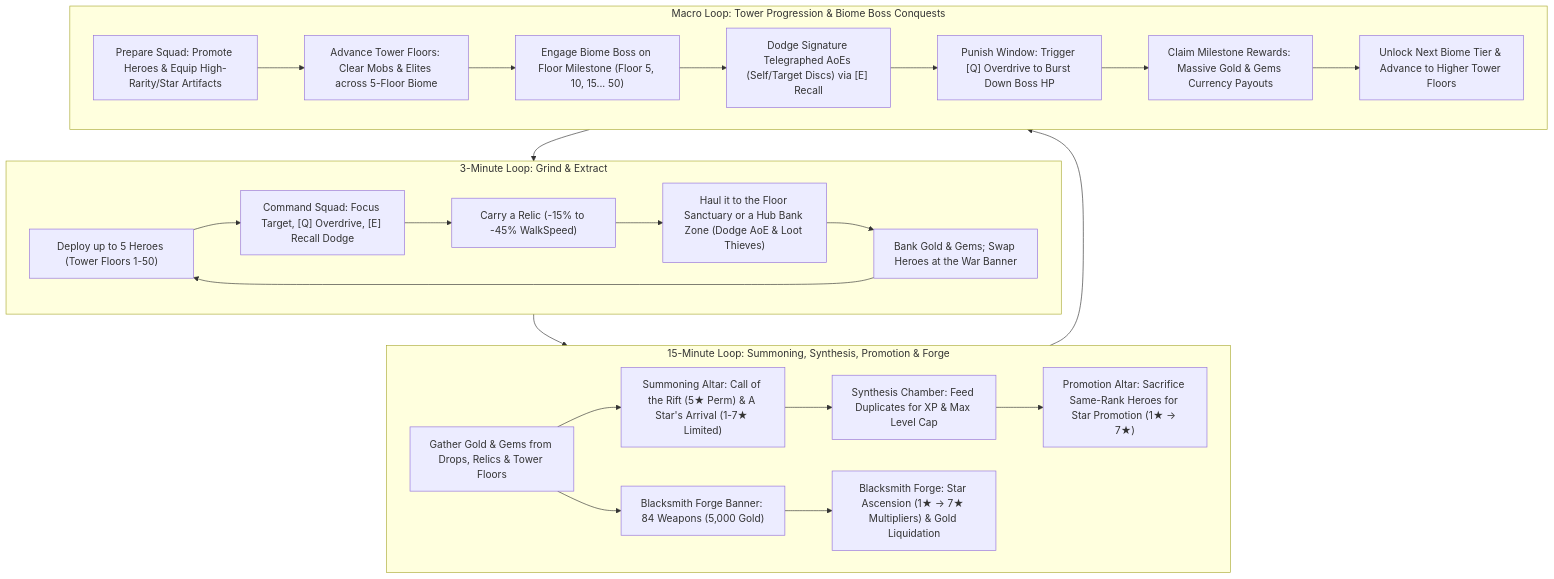
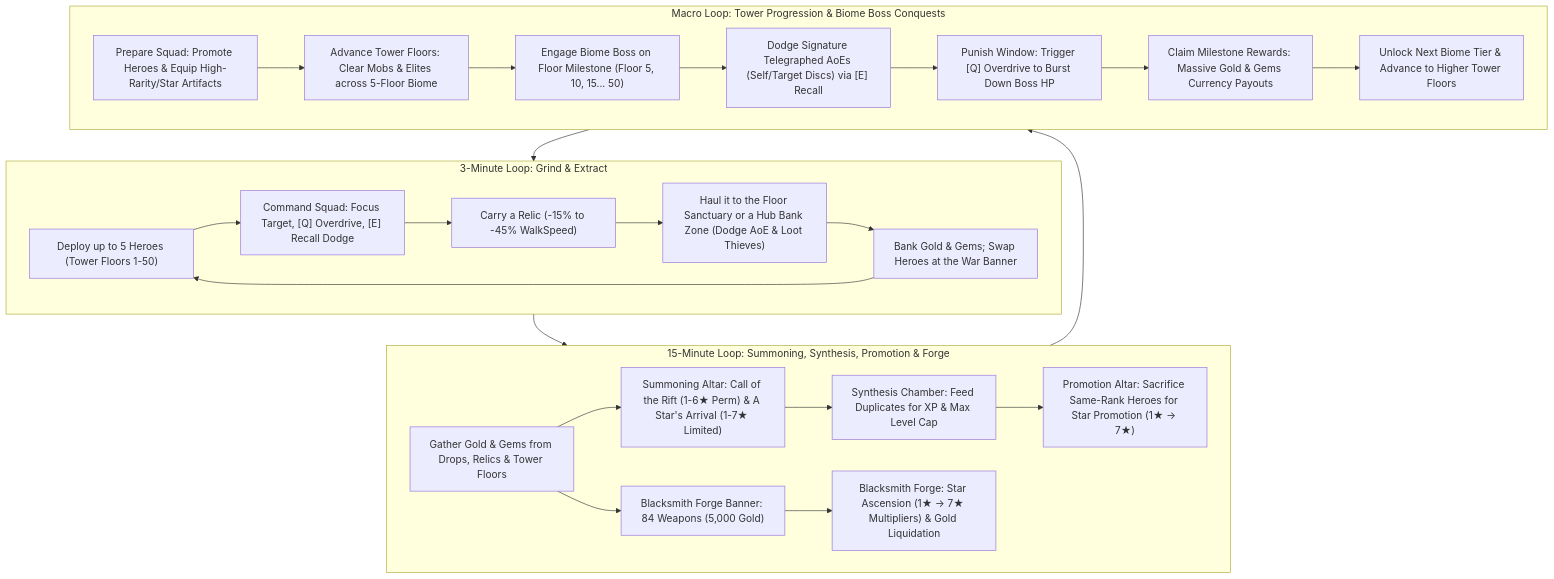
One commit to Zaimoo/infinite-tower changed the diagram in docs/GAME_DESIGN.MD. Above: the diagram before and after it, drawn with Mermaid. The commit also changed other lines of this file and 23 other files, not shown here.

First line of the commit message:
feat(heroes): add Edis Callen, a Legendary Striker on Call of the Rift

````diff
--- a/docs/GAME_DESIGN.MD
+++ b/docs/GAME_DESIGN.MD
@@ -48,31 +48,31 @@
 ```mermaid
 flowchart TD
     subgraph Micro["3-Minute Loop: Grind & Extract"]
         M1["Deploy up to 5 Heroes (Tower Floors 1-50)"] --> M2["Command Squad: Focus Target, [Q] Overdrive, [E] Recall Dodge"]
         M2 --> M3["Carry a Relic (-15% to -45% WalkSpeed)"]
         M3 --> M4["Haul it to the Floor Sanctuary or a Hub Bank Zone (Dodge AoE & Loot Thieves)"]
         M4 --> M5["Bank Gold & Gems; Swap Heroes at the War Banner"]
         M5 --> M1
     end
 
     subgraph Meso["15-Minute Loop: Summoning, Synthesis, Promotion & Forge"]
-        T1["Gather Gold & Gems from Drops, Relics & Tower Floors"] --> T2["Summoning Altar: Call of the Rift (5★ Perm) & A Star's Arrival (1-7★ Limited)"]
+        T1["Gather Gold & Gems from Drops, Relics & Tower Floors"] --> T2["Summoning Altar: Call of the Rift (1-6★ Perm) & A Star's Arrival (1-7★ Limited)"]
         T2 --> T3["Synthesis Chamber: Feed Duplicates for XP & Max Level Cap"]
         T1 --> T4["Blacksmith Forge Banner: 84 Weapons (5,000 Gold)"]
         T3 --> T5["Promotion Altar: Sacrifice Same-Rank Heroes for Star Promotion (1★ -> 7★)"]
         T4 --> T6["Blacksmith Forge: Star Ascension (1★ -> 7★ Multipliers) & Gold Liquidation"]
     end
 
     subgraph Macro["Macro Loop: Tower Progression & Biome Boss Conquests"]
         B1["Prepare Squad: Promote Heroes & Equip High-Rarity/Star Artifacts"] --> B2["Advance Tower Floors: Clear Mobs & Elites across 5-Floor Biome"]
         B2 --> B3["Engage Biome Boss on Floor Milestone (Floor 5, 10, 15... 50)"]
         B3 --> B4["Dodge Signature Telegraphed AoEs (Self/Target Discs) via [E] Recall"]
         B4 --> B5["Punish Window: Trigger [Q] Overdrive to Burst Down Boss HP"]
         B5 --> B6["Claim Milestone Rewards: Massive Gold & Gems Currency Payouts"]
         B6 --> B7["Unlock Next Biome Tier & Advance to Higher Tower Floors"]
     end
 
     Micro --> Meso
     Meso --> Macro
     Macro --> Micro
 ```
````
